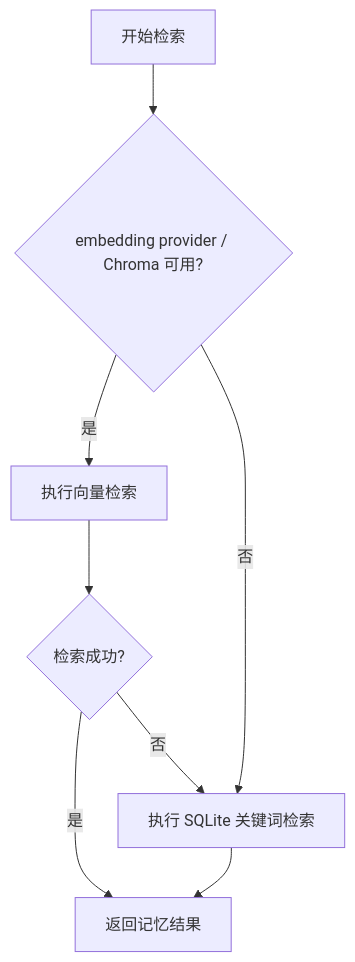
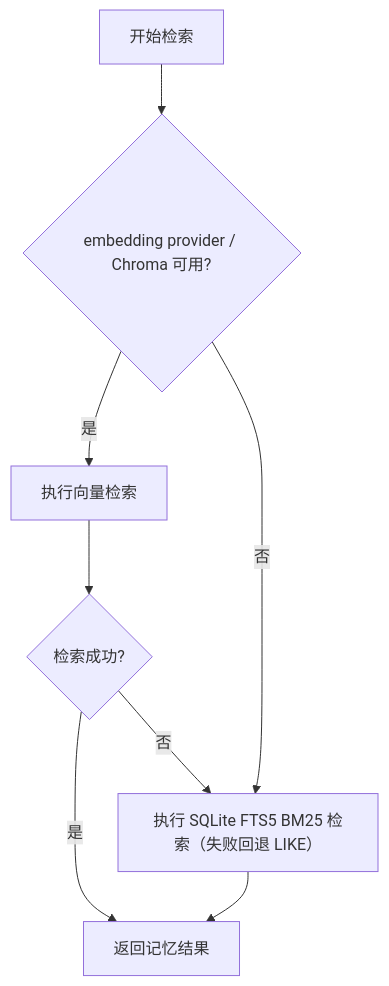
Before and after one commit to victical/astrbot_plugin_engram: diagram 14 of 15 in docs/主流程时序文档.md, drawn with Mermaid. The commit also changed other lines of this file and 16 other files, not shown here.

Commit message:
feat: add sqlite fts5 bm25 fallback and sync docs/config

````diff
--- a/docs/主流程时序文档.md
+++ b/docs/主流程时序文档.md
@@ -517,10 +517,10 @@
 ```mermaid
 flowchart TD
     A[开始检索] --> B{embedding provider / Chroma 可用?}
     B -->|是| C[执行向量检索]
-    B -->|否| D[执行 SQLite 关键词检索]
+    B -->|否| D[执行 SQLite FTS5 BM25 检索（失败回退 LIKE）]
     C --> E{检索成功?}
     E -->|是| F[返回记忆结果]
     E -->|否| D
     D --> F
 ```
````
